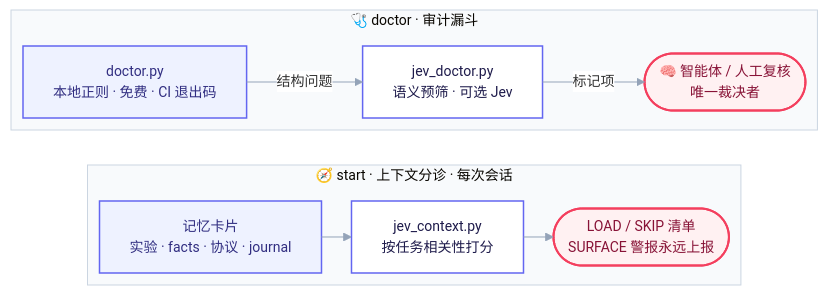
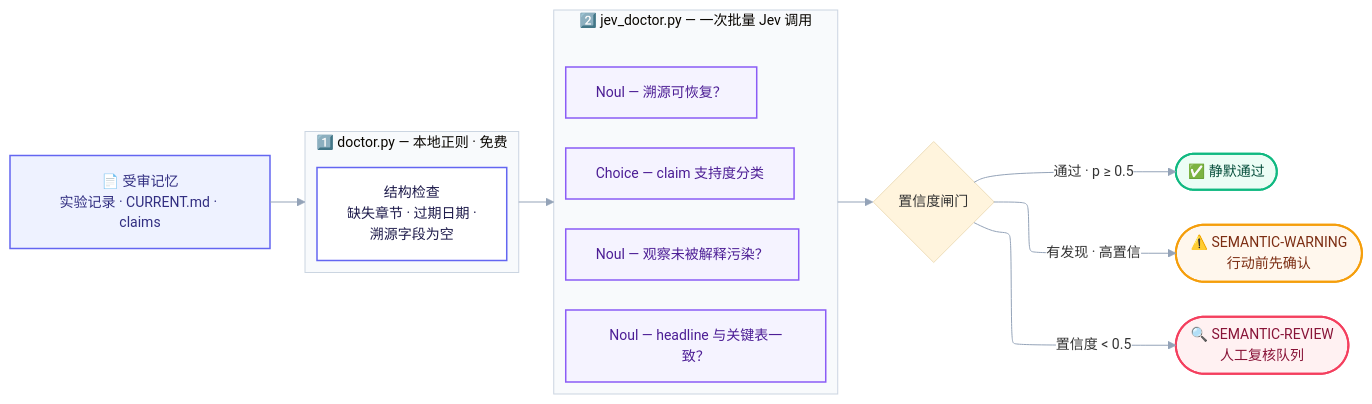
Before and after one commit to poiuyjie/jev_project_context: the second of 2 diagrams in README.zh-CN.md, drawn with Mermaid. The commit also changed other lines of this file and 1 other file, not shown here.

Commit message:
Show how Jev audits: pipeline diagram with atomic checks and confidence gating; document why a decision model fits audits

````diff
--- a/README.zh-CN.md
+++ b/README.zh-CN.md
@@ -47,26 +45,33 @@
 ```mermaid
-flowchart TB
+flowchart LR
     %%{init: {"flowchart":{"defaultRenderer":"elk"},"theme":"base","themeVariables":{"fontFamily":"Inter, ui-sans-serif, system-ui, sans-serif","fontSize":"14px","clusterBkg":"#F8FAFC","clusterBorder":"#CBD5E1","lineColor":"#94A3B8","edgeLabelBackground":"#FFFFFF"}}}%%
-    subgraph audit["🩺 doctor · 审计漏斗"]
-        direction LR
-        l1["doctor.py<br/>本地正则 · 免费 · CI 退出码"]:::c1
-        l2["jev_doctor.py<br/>语义预筛 · 可选 Jev"]:::c2
-        l3(["🧠 智能体 / 人工复核<br/>唯一裁决者"]):::c3
-        l1 -->|结构问题| l2
-        l2 -->|标记项| l3
+
+    src["📄 受审记忆<br/>实验记录 · CURRENT.md · claims"]:::c1
+
+    subgraph L1["1️⃣ doctor.py — 本地正则 · 免费"]
+        r1["结构检查<br/>缺失章节 · 过期日期 ·<br/>溯源字段为空"]:::c2
     end
 
-    subgraph triage["🧭 start · 上下文分诊 · 每次会话"]
-        direction LR
-        s1["记忆卡片<br/>实验 · facts · 协议 · journal"]:::c1
-        s2["jev_context.py<br/>按任务相关性打分"]:::c2
-        s3(["LOAD / SKIP 清单<br/>SURFACE 警报永远上报"]):::c3
-        s1 --> s2 --> s3
+    subgraph L2["2️⃣ jev_doctor.py — 一次批量 Jev 调用"]
+        direction TB
+        q1["Noul — 溯源可恢复？"]:::c3
+        q2["Noul — headline 与关键表一致？"]:::c3
+        q3["Noul — 观察未被解释污染？"]:::c3
+        q4["Choice — claim 支持度分类"]:::c3
     end
 
-    audit ~~~ triage
+    src --> L1
+    L1 --> L2
+
+    L2 --> gate{"置信度闸门"}
+    gate -->|"通过 · p ≥ 0.5"| ok(["✅ 静默通过"]):::okc
+    gate -->|"有发现 · 高置信"| warn(["⚠️ SEMANTIC-WARNING<br/>行动前先确认"]):::warnc
+    gate -->|"置信度 < 0.5"| rev(["🔍 SEMANTIC-REVIEW<br/>人工复核队列"]):::revc
 
     classDef c1 fill:#EEF2FF,stroke:#6366F1,stroke-width:1.5px,color:#312E81;
     classDef c2 fill:#FFFFFF,stroke:#6366F1,stroke-width:1.5px,color:#1E1B4B;
-    classDef c3 fill:#FFF1F2,stroke:#F43F5E,stroke-width:2px,color:#881337;
+    classDef c3 fill:#F5F3FF,stroke:#8B5CF6,stroke-width:1.5px,color:#4C1D95;
+    classDef okc fill:#ECFDF5,stroke:#10B981,stroke-width:2px,color:#064E3B;
+    classDef warnc fill:#FFF7ED,stroke:#F59E0B,stroke-width:2px,color:#7C2D12;
+    classDef revc fill:#FFF1F2,stroke:#F43F5E,stroke-width:2px,color:#881337;
 ```
````
